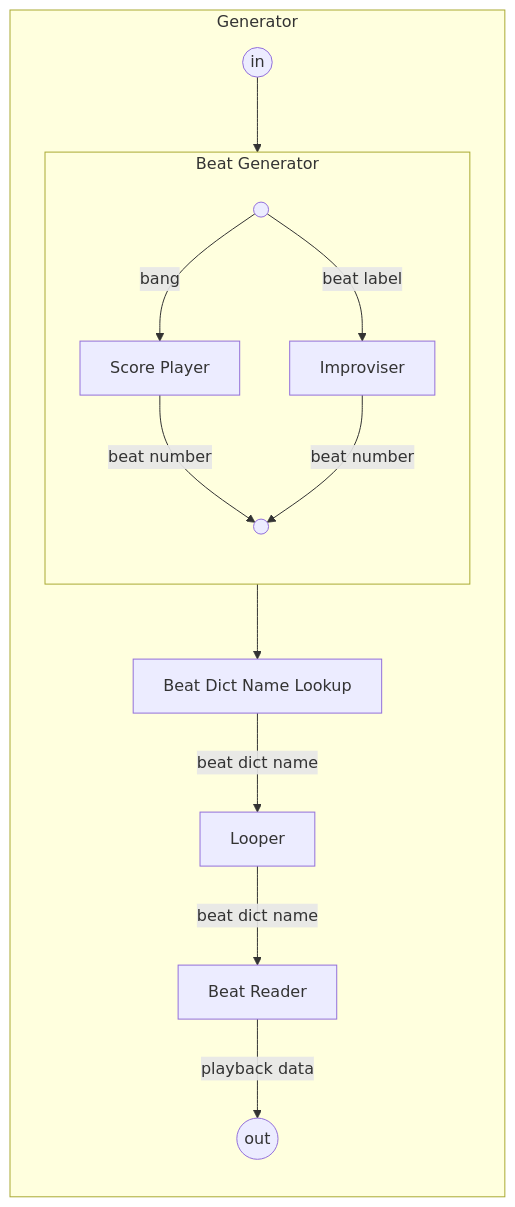
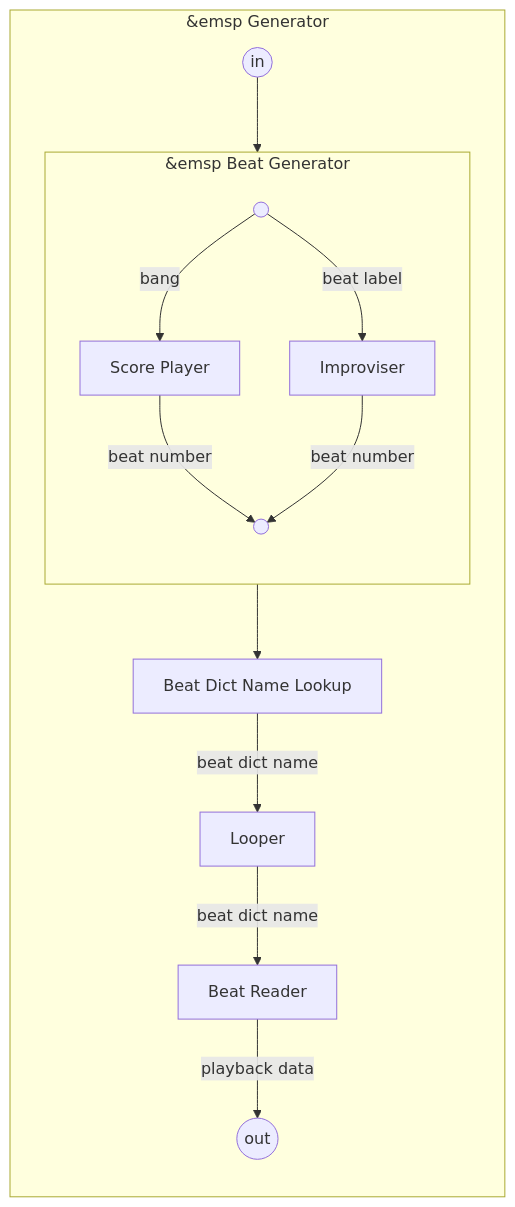
The first of 2 diagrams in content/3_API/5_improvisation/1_generator_components/_index.md (repmus-docs/DjazzDocs), drawn with Mermaid before and after one commit.

Commit message:
trying to align text in mermaid

```diff
--- a/content/3_API/5_improvisation/1_generator_components/_index.md
+++ b/content/3_API/5_improvisation/1_generator_components/_index.md
@@ -9,28 +9,28 @@
 {{<mermaid align="left">}}
 flowchart TB;
 
-subgraph G["Generator      "];
+subgraph G["&emsp Generator"];
 direction TB
 
 in((in))
 out((out))
 
-subgraph BNG[Beat Generator];
+subgraph BNG["&emsp Beat Generator"];
 direction TB
     in1(( ))
     scoreplayer[Score Player]
     improviser[Improviser]
     out1(( ))
     in1 -->|bang| scoreplayer -->|beat number| out1
     in1 -->|beat label| improviser -->|beat number| out1
 end
 
 bdnl[Beat Dict Name Lookup]
 loop[Looper]
 br[Beat Reader]
 in -->in1
 out1 -->bdnl -->|beat dict name| loop -->|beat dict name| br -->|playback data| out
 
 end
 
 {{< /mermaid >}}
```
